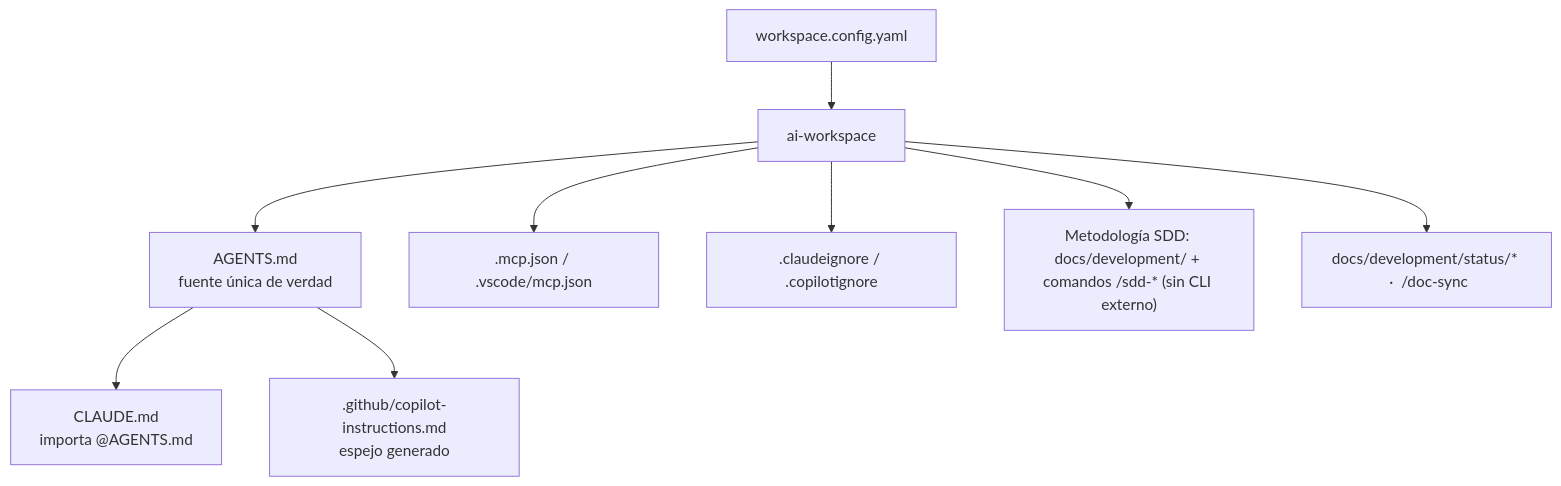
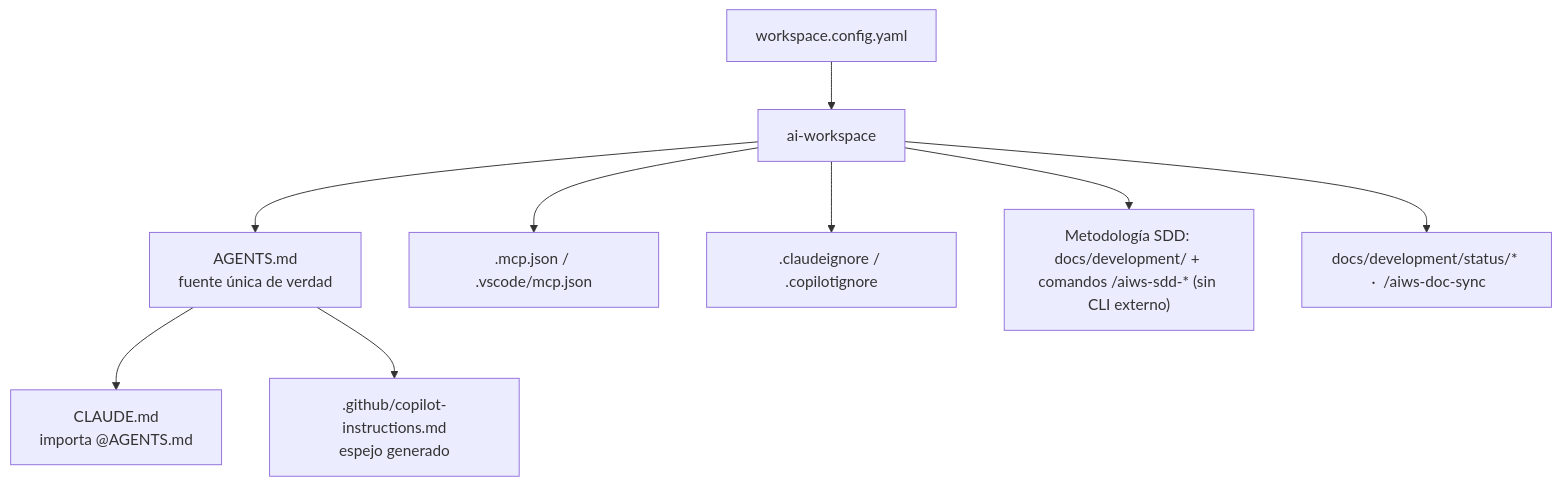
The diagram in AI-WORKSPACE.md (grojof/ai-workspace-generator), drawn with Mermaid before and after one commit. The commit also changed other lines of this file and 63 other files, not shown here.

````diff
--- a/AI-WORKSPACE.md
+++ b/AI-WORKSPACE.md
@@ -104,12 +104,12 @@
 ```mermaid
 flowchart TD
   CFG["workspace.config.yaml"] --> GEN[ai-workspace]
   GEN --> AG["AGENTS.md<br/>fuente única de verdad"]
   AG --> CL["CLAUDE.md<br/>importa @AGENTS.md"]
   AG --> CO[".github/copilot-instructions.md<br/>espejo generado"]
   GEN --> MCP[".mcp.json / .vscode/mcp.json"]
   GEN --> IGN[".claudeignore / .copilotignore"]
-  GEN --> SDD["Metodología SDD: docs/development/ + comandos /sdd-* (sin CLI externo)"]
-  GEN --> DOCS["docs/development/status/*  ·  /doc-sync"]
+  GEN --> SDD["Metodología SDD: docs/development/ + comandos /aiws-sdd-* (sin CLI externo)"]
+  GEN --> DOCS["docs/development/status/*  ·  /aiws-doc-sync"]
 
 ```
````
